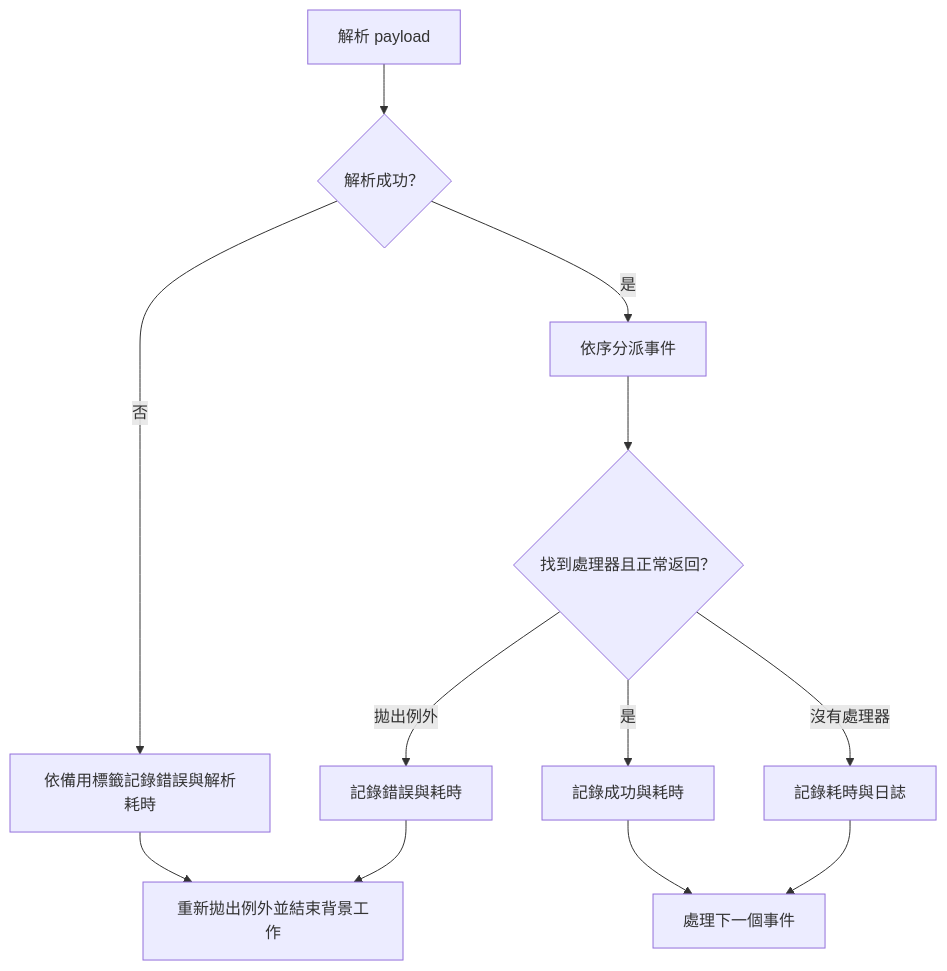
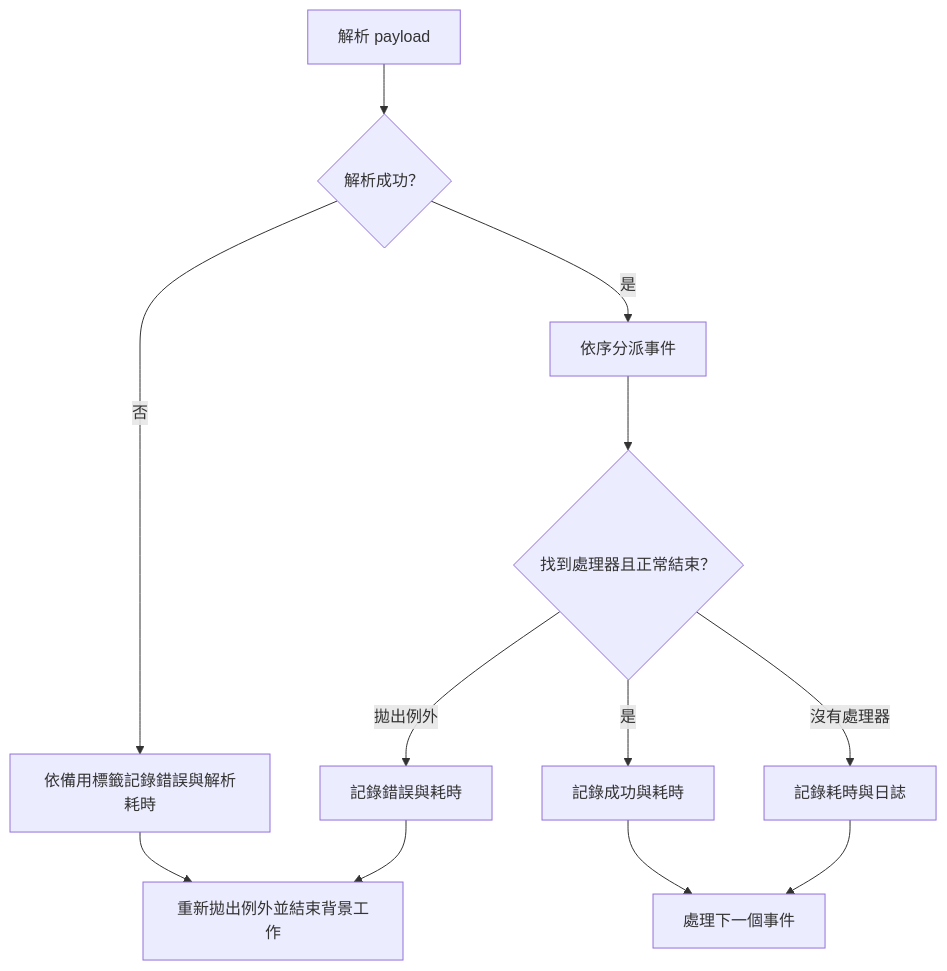
One commit to kyomind/WeaMind changed the third of 3 diagrams in docs/wiki/line_bot/line_bot_webhook.md. Above: the diagram before and after it, drawn with Mermaid. The commit also changed other lines of this file and 14 other files, not shown here.

````diff
--- a/docs/wiki/line_bot/line_bot_webhook.md
+++ b/docs/wiki/line_bot/line_bot_webhook.md
@@ -101,14 +101,14 @@
 ```mermaid
 flowchart TD
     A["解析 payload"] --> B{"解析成功？"}
     B -->|否| C["依備用標籤記錄錯誤與解析耗時"]
     C --> D["重新拋出例外並結束背景工作"]
     B -->|是| E["依序分派事件"]
-    E --> F{"找到處理器且正常返回？"}
+    E --> F{"找到處理器且正常結束？"}
     F -->|是| G["記錄成功與耗時"]
     F -->|沒有處理器| H["記錄耗時與日誌"]
     F -->|拋出例外| I["記錄錯誤與耗時"]
     I --> D
     G --> J["處理下一個事件"]
     H --> J
 ```
````
